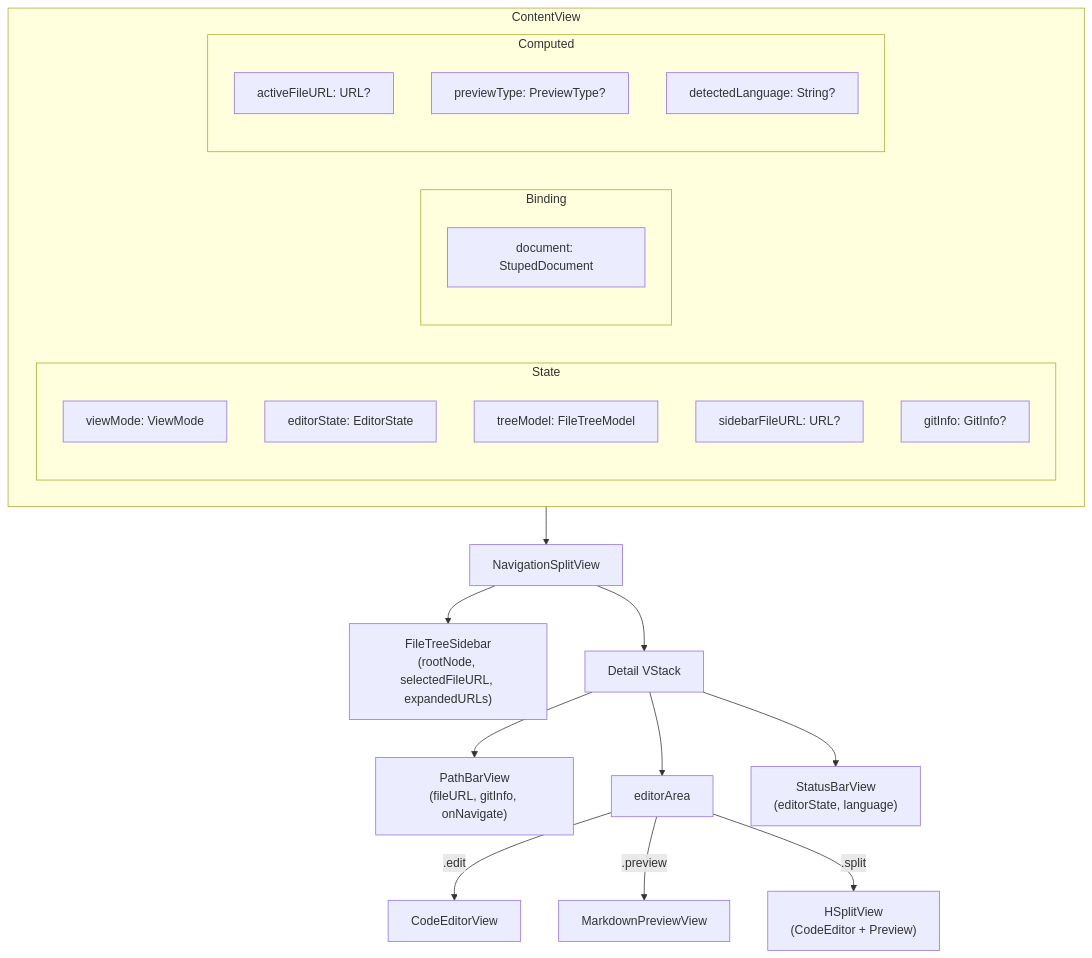
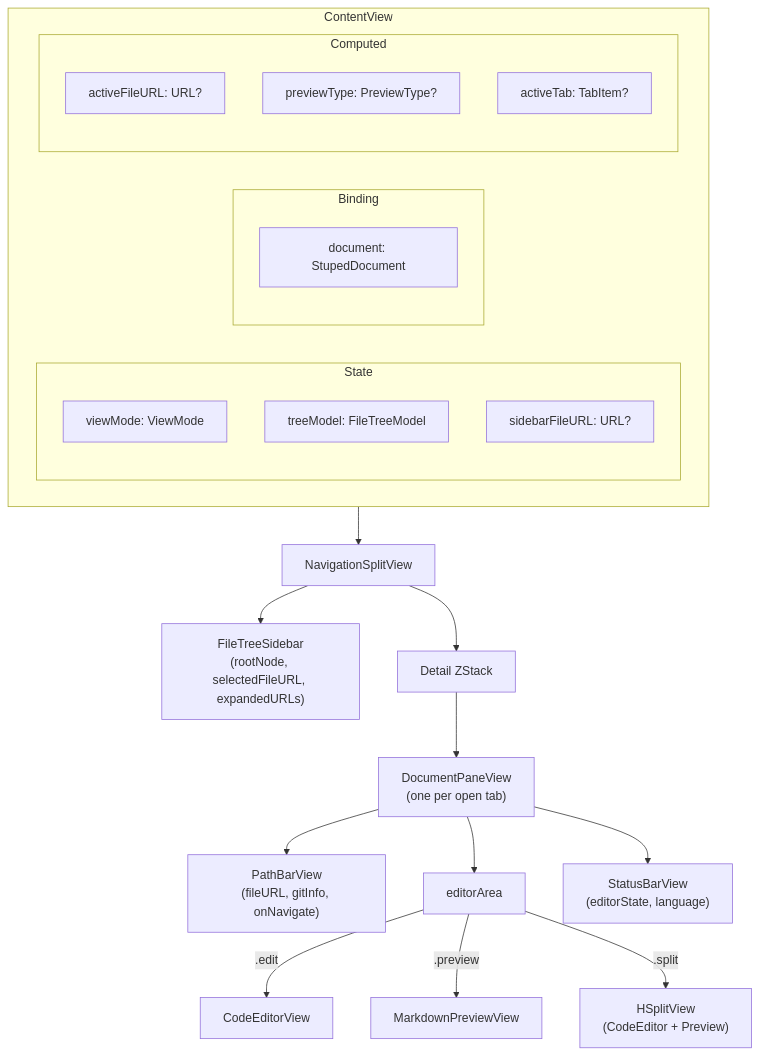
The third of 7 diagrams in doc/arc42.md (bjblazko/stuped), drawn with Mermaid before and after one commit. The commit also changed other lines of this file and 19 other files, not shown here.

````diff
--- a/doc/arc42.md
+++ b/doc/arc42.md
@@ -110,31 +109,30 @@
 ```mermaid
 graph TD
     subgraph ContentView
         subgraph State
             viewMode["viewMode: ViewMode"]
-            editorState["editorState: EditorState"]
             treeModel["treeModel: FileTreeModel"]
             sidebarFileURL["sidebarFileURL: URL?"]
-            gitInfo["gitInfo: GitInfo?"]
         end
         subgraph Binding
             document["document: StupedDocument"]
         end
         subgraph Computed
             activeFileURL["activeFileURL: URL?"]
             previewType["previewType: PreviewType?"]
-            detectedLanguage["detectedLanguage: String?"]
+            activeTab["activeTab: TabItem?"]
         end
     end
 
     ContentView --> NSV["NavigationSplitView"]
     NSV --> Sidebar["FileTreeSidebar\n(rootNode, selectedFileURL, expandedURLs)"]
-    NSV --> Detail["Detail VStack"]
-    Detail --> PBV["PathBarView\n(fileURL, gitInfo, onNavigate)"]
-    Detail --> EditorArea["editorArea"]
-    Detail --> SBV["StatusBarView\n(editorState, language)"]
+    NSV --> Detail["Detail ZStack"]
+    Detail --> Pane["DocumentPaneView\n(one per open tab)"]
+    Pane --> PBV["PathBarView\n(fileURL, gitInfo, onNavigate)"]
+    Pane --> EditorArea["editorArea"]
+    Pane --> SBV["StatusBarView\n(editorState, language)"]
 
     EditorArea -->|".edit"| CEV["CodeEditorView"]
     EditorArea -->|".preview"| MPV["MarkdownPreviewView"]
     EditorArea -->|".split"| Split["HSplitView\n(CodeEditor + Preview)"]
 ```
````
